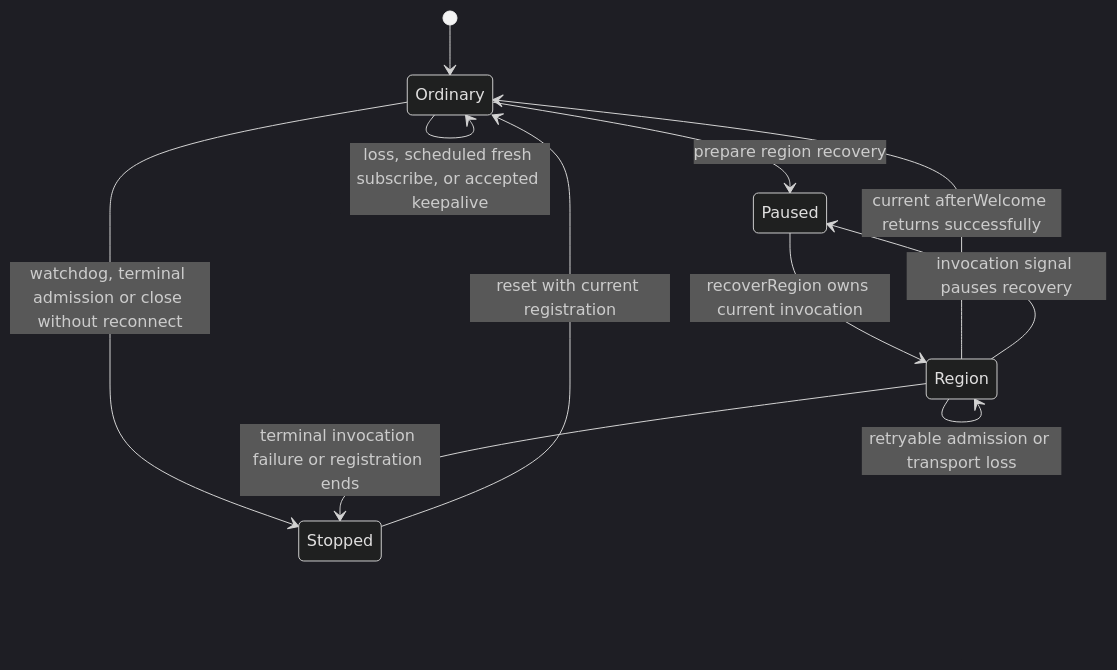
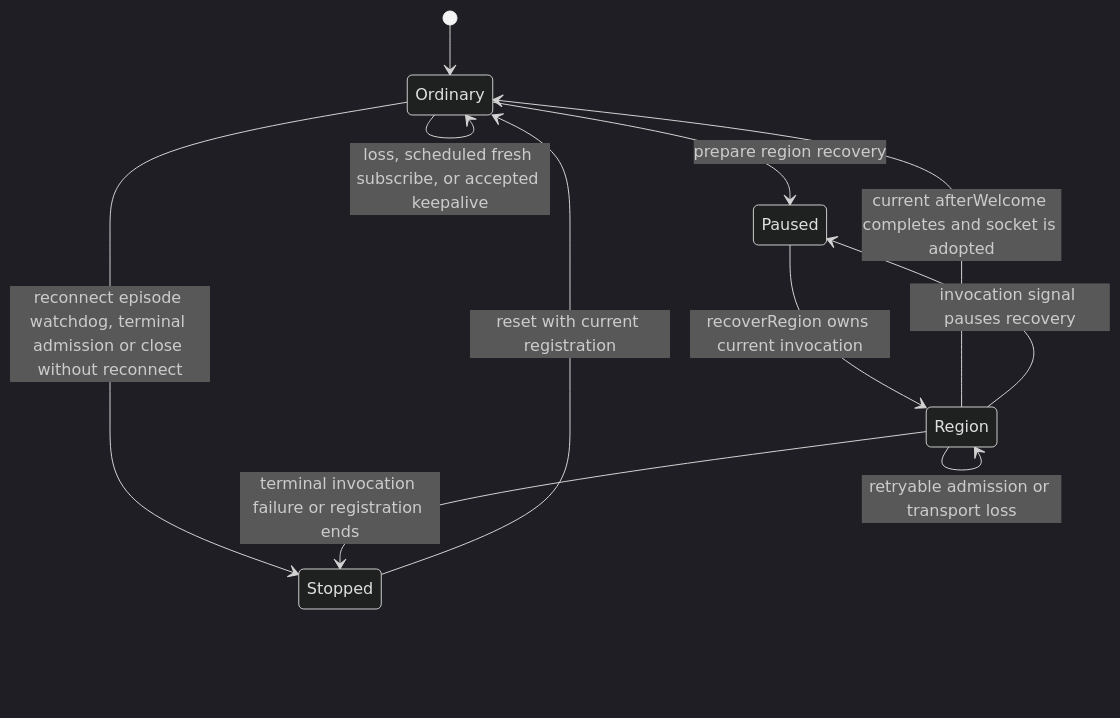
The sixth of 7 diagrams in packages/@webex/contact-center/src/services/core/docs/README.md (webex/webex-js-sdk), drawn with Mermaid (dark theme) before and after one commit. The commit also changed other lines of this file and 36 other files, not shown here.

````diff
--- a/packages/@webex/contact-center/src/services/core/docs/README.md
+++ b/packages/@webex/contact-center/src/services/core/docs/README.md
@@ -686,13 +689,13 @@
 ```mermaid
 stateDiagram-v2
   [*] --> Ordinary
   Ordinary --> Ordinary: loss, scheduled fresh subscribe, or accepted keepalive
   Ordinary --> Paused: prepare region recovery
   Paused --> Region: recoverRegion owns current invocation
   Region --> Region: retryable admission or transport loss
-  Region --> Ordinary: current afterWelcome returns successfully
+  Region --> Ordinary: current afterWelcome completes and socket is adopted
   Region --> Paused: invocation signal pauses recovery
-  Ordinary --> Stopped: watchdog, terminal admission or close without reconnect
+  Ordinary --> Stopped: reconnect episode watchdog, terminal admission or close without reconnect
   Region --> Stopped: terminal invocation failure or registration ends
   Stopped --> Ordinary: reset with current registration
 ```
````
